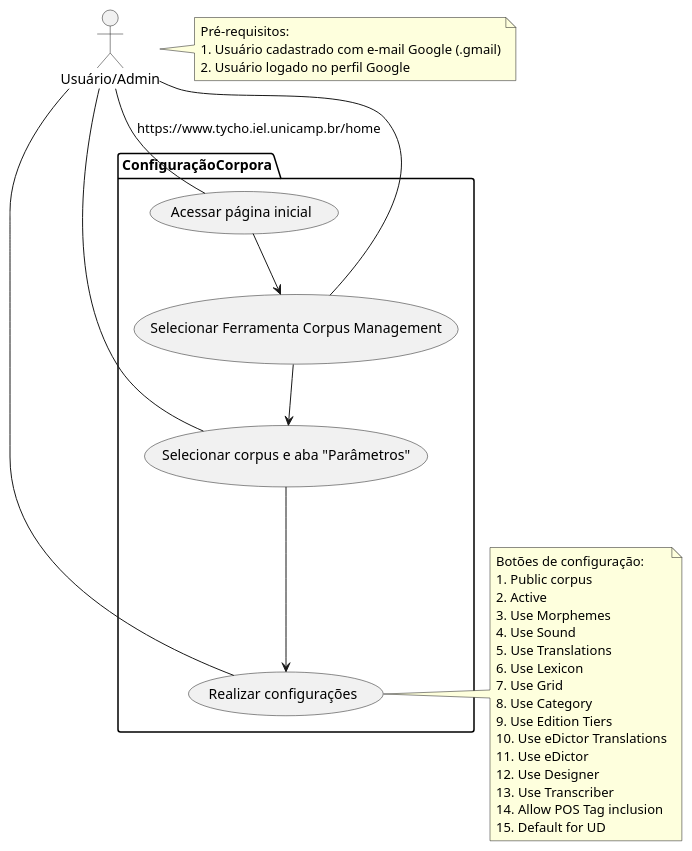
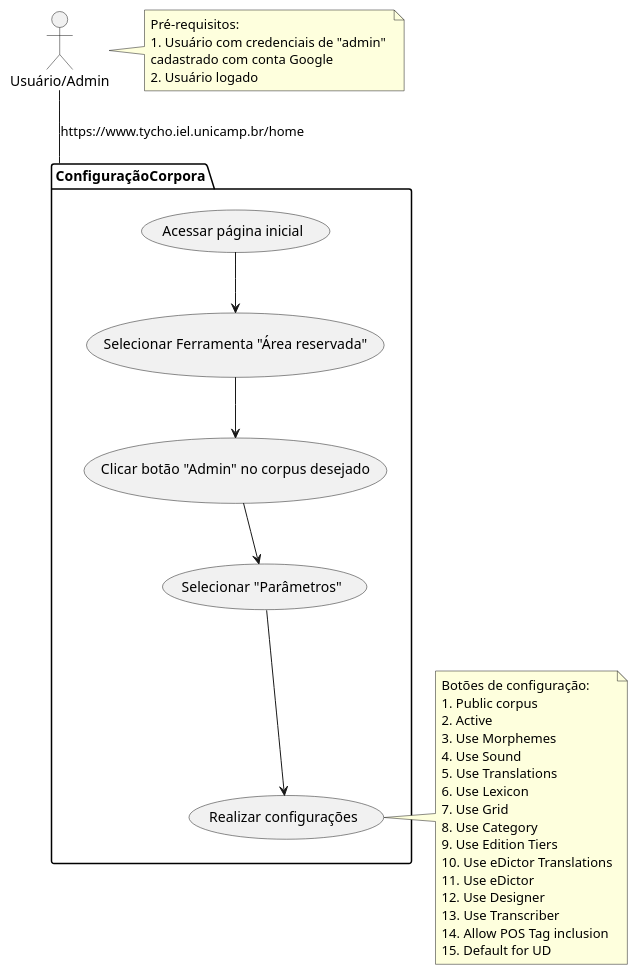
One commit to tycho-brahe-platform/tutorials changed the diagram in diagrams/subcaso_4.2_configuracao_corpus.wsd. Above: the diagram before and after it, drawn with PlantUML. The commit also changed 8 other files, not shown here.

```diff
--- a/diagrams/subcaso_4.2_configuracao_corpus.wsd
+++ b/diagrams/subcaso_4.2_configuracao_corpus.wsd
@@ -1,49 +1,50 @@
 @startuml "Caso de uso 04.02 Criação corpus"
 actor "Usuário/Admin" as User
 
 
 package ConfiguraçãoCorpora {
    
     
-    (Acessar página inicial) --> (Selecionar Ferramenta Corpus Management)
+    (Acessar página inicial) --> (Selecionar Ferramenta "Área reservada")
 
-    (Selecionar Ferramenta Corpus Management) --> (Selecionar corpus e aba "Parâmetros")
+    (Selecionar Ferramenta "Área reservada") --> (Clicar botão "Admin" no corpus desejado)
+    
+    (Clicar botão "Admin" no corpus desejado)-->(Selecionar "Parâmetros")
 
-   (Selecionar corpus e aba "Parâmetros") --> (Realizar configurações)
+   (Selecionar "Parâmetros") --> (Realizar configurações)
 }
 
 
 note right of User
   Pré-requisitos:
-  1. Usuário cadastrado com e-mail Google (.gmail)
-  2. Usuário logado no perfil Google
+  1. Usuário com credenciais de "admin" 
+  cadastrado com conta Google 
+  2. Usuário logado
 end note
 
 note right of (Realizar configurações)
 Botões de configuração:
 1. Public corpus
 2. Active
 3. Use Morphemes
 4. Use Sound
 5. Use Translations
 6. Use Lexicon
 7. Use Grid
 8. Use Category
 9. Use Edition Tiers
 10. Use eDictor Translations
 11. Use eDictor
 12. Use Designer
 13. Use Transcriber
 14. Allow POS Tag inclusion
 15. Default for UD
 end note
 /' 
 note right of (Adicionar nome ao novo corpus)
 Clicar em "confirmar"
 end note
  '/
-User -- (Acessar página inicial):  https://www.tycho.iel.unicamp.br/home
-User -- (Selecionar Ferramenta Corpus Management)
-User-- (Selecionar corpus e aba "Parâmetros")
-User -- (Realizar configurações)
+User -- ConfiguraçãoCorpora:  https://www.tycho.iel.unicamp.br/home
+
 @enduml
```
